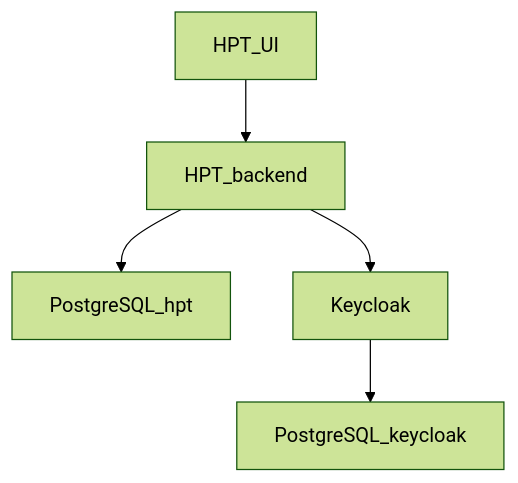
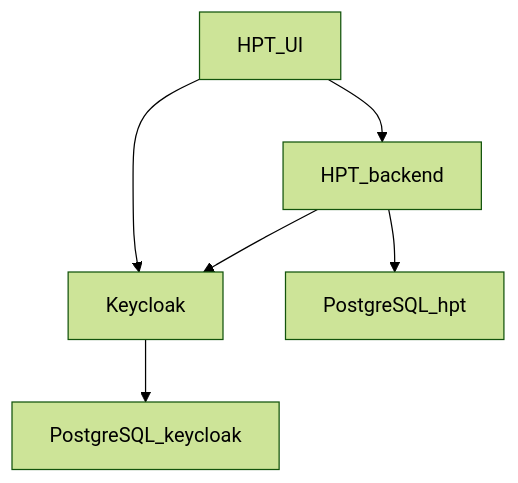
The diagram in README.md (bastoker/testcontainers-workshop), drawn with Mermaid (forest theme) before and after one commit.

````diff
--- a/README.md
+++ b/README.md
@@ -21,7 +21,8 @@
 ```mermaid
 graph TD;
     HPT_UI-->HPT_backend
+    HPT_UI-->Keycloak
     HPT_backend-->PostgreSQL_hpt;
     HPT_backend-->Keycloak;
     Keycloak-->PostgreSQL_keycloak;
 ```
````
